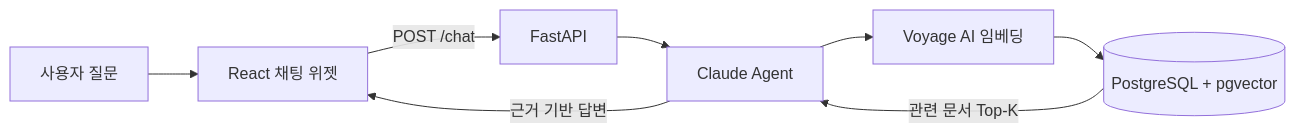
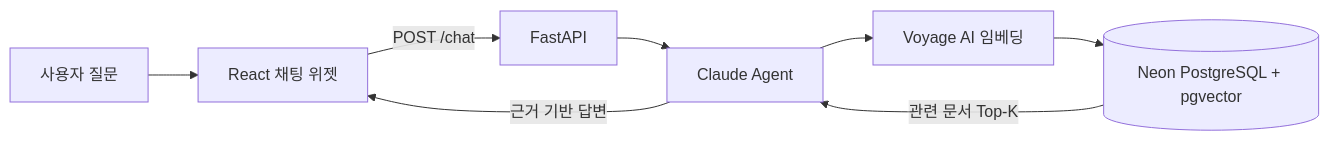
The first of 2 diagrams in README.md (hyyang9070/foodsafety-ai-chatbot), drawn with Mermaid before and after one commit. The commit also changed other lines of this file and 6 other files, not shown here.

````diff
--- a/README.md
+++ b/README.md
@@ -33,10 +33,10 @@
 ```mermaid
 flowchart LR
     U[사용자 질문] --> W[React 채팅 위젯]
     W -->|POST /chat| A[FastAPI]
     A --> G[Claude Agent]
     G --> E[Voyage AI 임베딩]
-    E --> V[(PostgreSQL + pgvector)]
+    E --> V[(Neon PostgreSQL + pgvector)]
     V -->|관련 문서 Top-K| G
     G -->|근거 기반 답변| W
 ```
````
